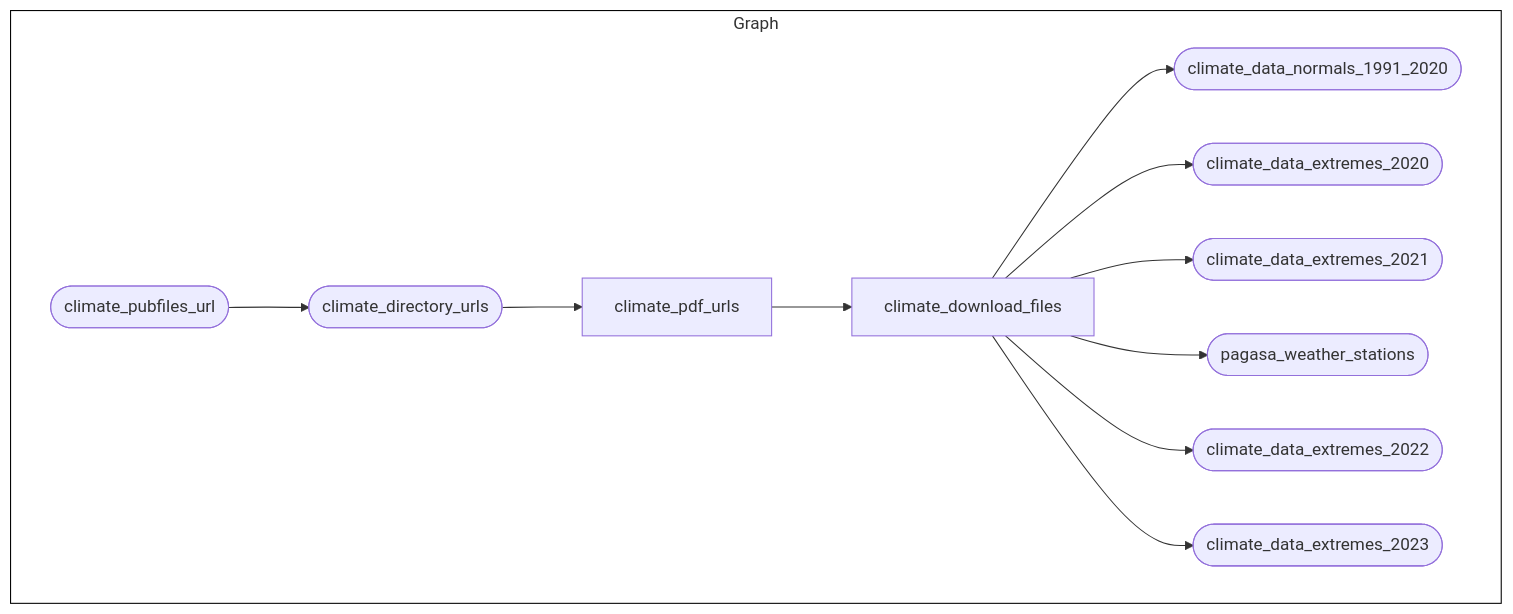
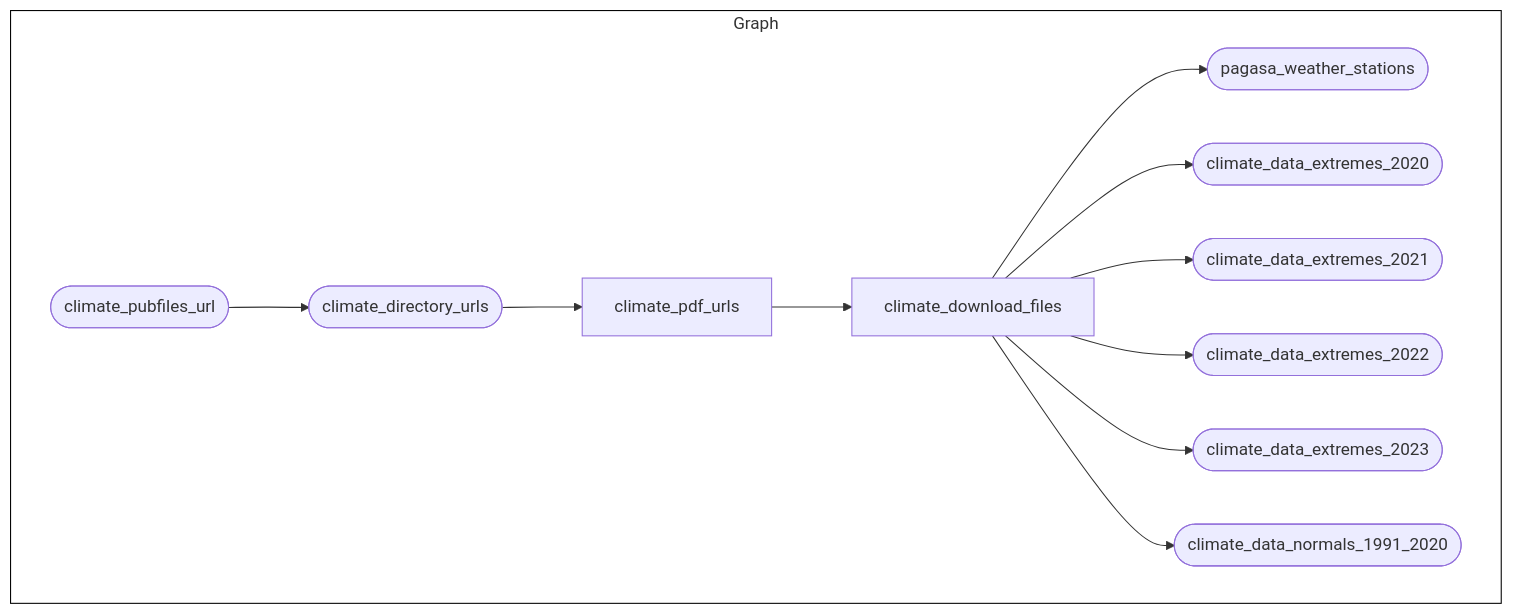
The third of 5 diagrams in README.md (panukatan/paglaom), drawn with Mermaid before and after one commit. The commit also changed other lines of this file and 3 other files, not shown here.

Commit message:
update mermain graphs

````diff
--- a/README.md
+++ b/README.md
@@ -199,16 +200,16 @@
 ``` mermaid
 graph LR
   style Graph fill:#FFFFFF00,stroke:#000000;
   subgraph Graph
     direction LR
-    xc044beb81380bb4a["climate_download_files"]:::outdated --> x42da7c0722c063a6(["climate_data_normals_1991_2020"]):::outdated
-    xb48a3b157c96bffd(["climate_pubfiles_url"]):::outdated --> xa37a01adfb45bd68(["climate_directory_urls"]):::outdated
-    xc044beb81380bb4a["climate_download_files"]:::outdated --> xe06460aefd475ca2(["climate_data_extremes_2020"]):::outdated
-    xc044beb81380bb4a["climate_download_files"]:::outdated --> xc83b489a1c433852(["climate_data_extremes_2021"]):::outdated
-    xc044beb81380bb4a["climate_download_files"]:::outdated --> x84b857e732ff3c29(["pagasa_weather_stations"]):::outdated
-    xc044beb81380bb4a["climate_download_files"]:::outdated --> x9b64b30afbfc8ff9(["climate_data_extremes_2022"]):::outdated
-    xc044beb81380bb4a["climate_download_files"]:::outdated --> xf620d5783ff15609(["climate_data_extremes_2023"]):::outdated
-    x26b861c7a0a21b52["climate_pdf_urls"]:::outdated --> xc044beb81380bb4a["climate_download_files"]:::outdated
-    xa37a01adfb45bd68(["climate_directory_urls"]):::outdated --> x26b861c7a0a21b52["climate_pdf_urls"]:::outdated
+    xb48a3b157c96bffd(["climate_pubfiles_url"]):::uptodate --> xa37a01adfb45bd68(["climate_directory_urls"]):::uptodate
+    xc044beb81380bb4a["climate_download_files"]:::uptodate --> x84b857e732ff3c29(["pagasa_weather_stations"]):::outdated
+    xa37a01adfb45bd68(["climate_directory_urls"]):::uptodate --> x26b861c7a0a21b52["climate_pdf_urls"]:::uptodate
+    x26b861c7a0a21b52["climate_pdf_urls"]:::uptodate --> xc044beb81380bb4a["climate_download_files"]:::uptodate
+    xc044beb81380bb4a["climate_download_files"]:::uptodate --> xe06460aefd475ca2(["climate_data_extremes_2020"]):::outdated
+    xc044beb81380bb4a["climate_download_files"]:::uptodate --> xc83b489a1c433852(["climate_data_extremes_2021"]):::outdated
+    xc044beb81380bb4a["climate_download_files"]:::uptodate --> x9b64b30afbfc8ff9(["climate_data_extremes_2022"]):::outdated
+    xc044beb81380bb4a["climate_download_files"]:::uptodate --> xf620d5783ff15609(["climate_data_extremes_2023"]):::outdated
+    xc044beb81380bb4a["climate_download_files"]:::uptodate --> x42da7c0722c063a6(["climate_data_normals_1991_2020"]):::outdated
   end
 ```
````
